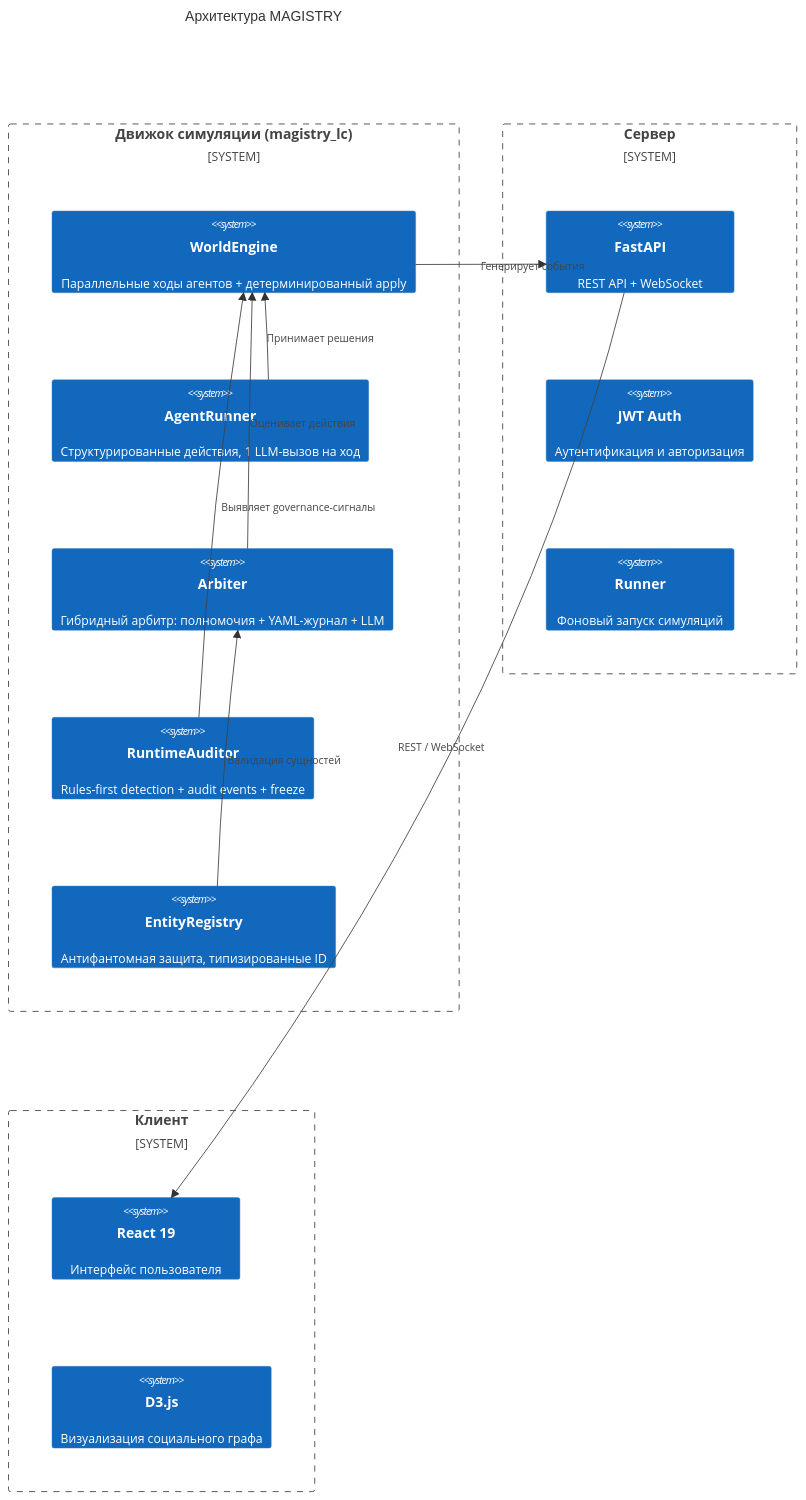
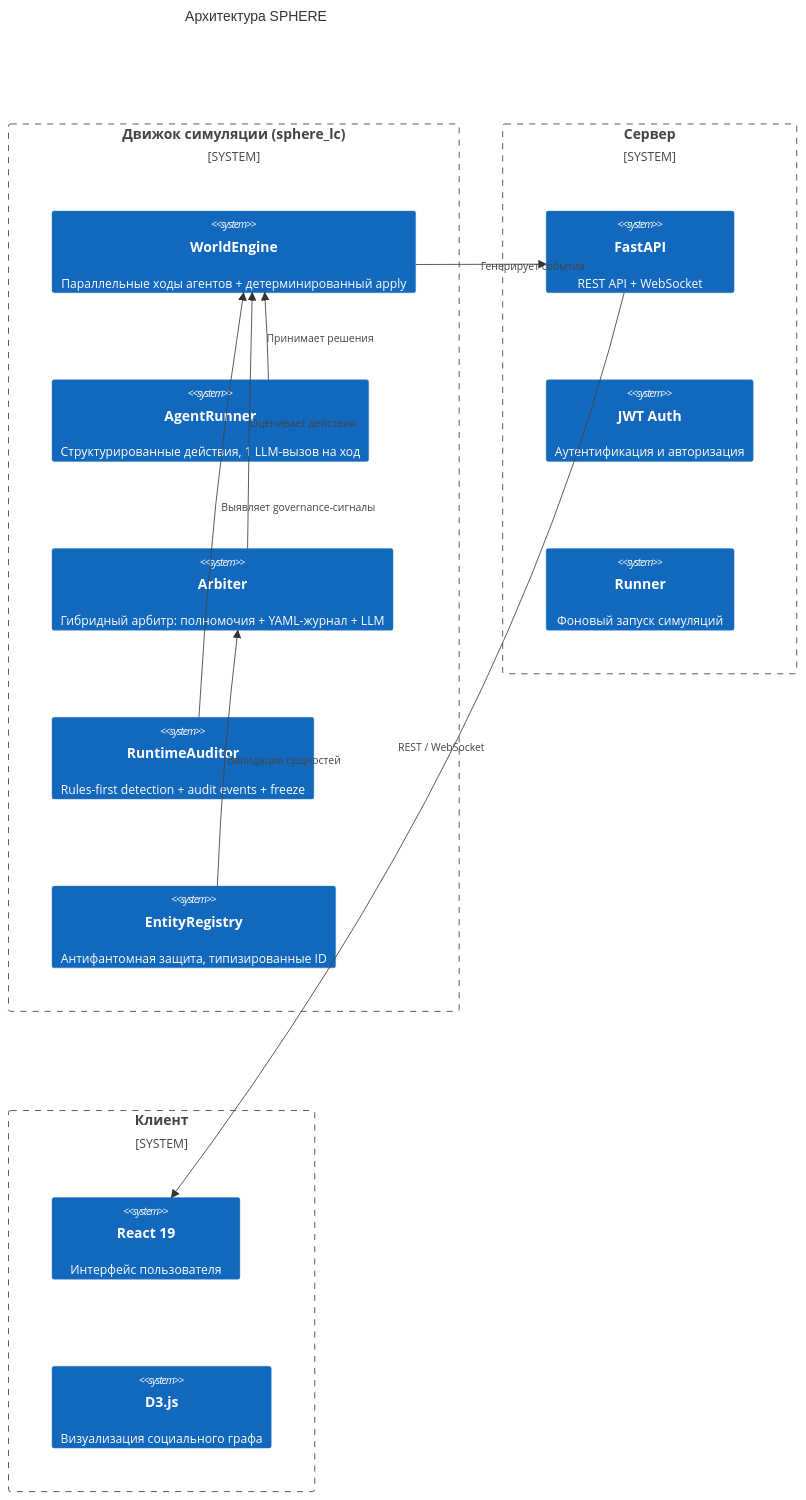
Before and after one commit to gliseop/SPHERE: the diagram in docs/overview.md, drawn with Mermaid. The commit also changed other lines of this file and 93 other files, not shown here.

````diff
--- a/docs/overview.md
+++ b/docs/overview.md
@@ -13,30 +13,30 @@
 ```mermaid
 C4Context
-    title Архитектура MAGISTRY
+    title Архитектура SPHERE
 
-    System_Boundary(engine, "Движок симуляции (magistry_lc)") {
+    System_Boundary(engine, "Движок симуляции (sphere_lc)") {
         System(eng, "WorldEngine", "Параллельные ходы агентов + детерминированный apply")
         System(agent, "AgentRunner", "Структурированные действия, 1 LLM-вызов на ход")
         System(arb, "Arbiter", "Гибридный арбитр: полномочия + YAML-журнал + LLM")
         System(aud, "RuntimeAuditor", "Rules-first detection + audit events + freeze")
         System(ent, "EntityRegistry", "Антифантомная защита, типизированные ID")
     }
 
     System_Boundary(server, "Сервер") {
         System(api, "FastAPI", "REST API + WebSocket")
         System(auth, "JWT Auth", "Аутентификация и авторизация")
         System(runner, "Runner", "Фоновый запуск симуляций")
     }
 
     System_Boundary(client, "Клиент") {
         System(react, "React 19", "Интерфейс пользователя")
         System(d3, "D3.js", "Визуализация социального графа")
     }
 
     Rel(eng, api, "Генерирует события")
     Rel(api, react, "REST / WebSocket")
     Rel(agent, eng, "Принимает решения")
     Rel(arb, eng, "Оценивает действия")
     Rel(aud, eng, "Выявляет governance-сигналы")
     Rel(ent, arb, "Валидация сущностей")
 ```
````
